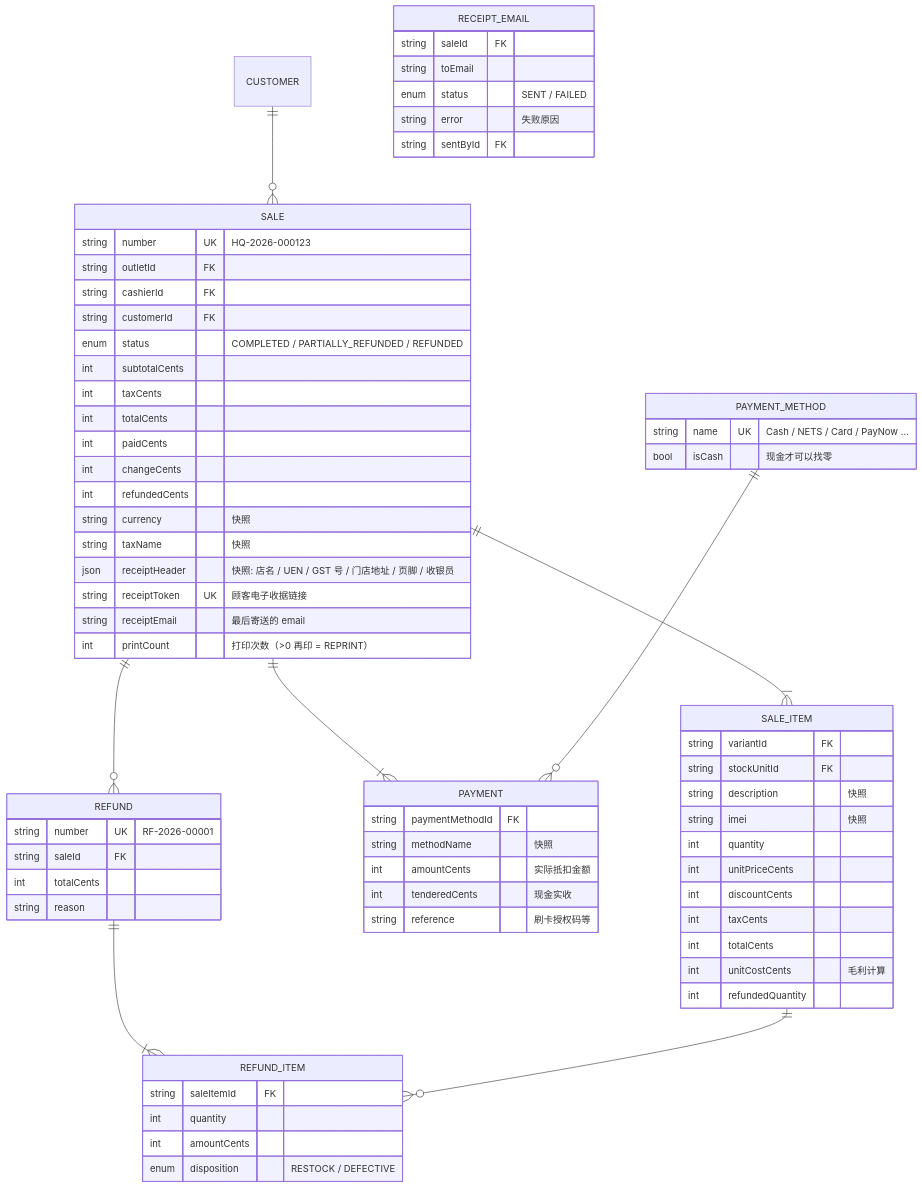
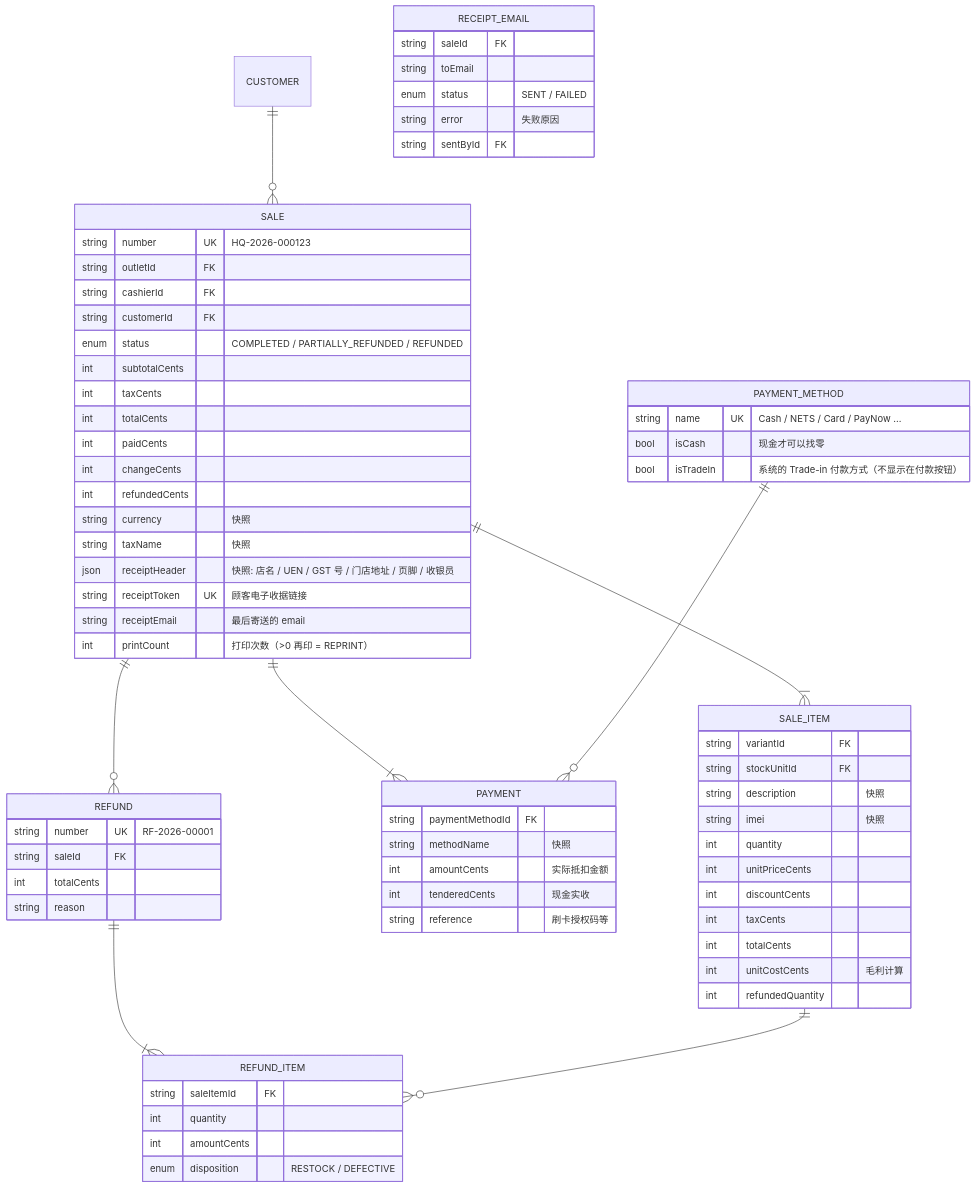
One commit to AhHau92/pos-saas changed the seventh of 8 diagrams in docs/02-database-erd.md. Above: the diagram before and after it, drawn with Mermaid. The commit also changed other lines of this file and 58 other files, not shown here.

````diff
--- a/docs/02-database-erd.md
+++ b/docs/02-database-erd.md
@@ -251,73 +255,74 @@
 ```mermaid
 erDiagram
     CUSTOMER ||--o{ SALE : ""
     SALE ||--|{ SALE_ITEM : ""
     SALE ||--|{ PAYMENT : ""
     SALE ||--o{ REFUND : ""
     REFUND ||--|{ REFUND_ITEM : ""
     SALE_ITEM ||--o{ REFUND_ITEM : ""
     PAYMENT_METHOD ||--o{ PAYMENT : ""
 
     SALE {
         string number UK "HQ-2026-000123"
         string outletId FK
         string cashierId FK
         string customerId FK
         enum status "COMPLETED / PARTIALLY_REFUNDED / REFUNDED"
         int subtotalCents
         int taxCents
         int totalCents
         int paidCents
         int changeCents
         int refundedCents
         string currency "快照"
         string taxName "快照"
         json receiptHeader "快照: 店名 / UEN / GST 号 / 门店地址 / 页脚 / 收银员"
         string receiptToken UK "顾客电子收据链接"
         string receiptEmail "最后寄送的 email"
         int printCount "打印次数（>0 再印 = REPRINT）"
     }
     RECEIPT_EMAIL {
         string saleId FK
         string toEmail
         enum status "SENT / FAILED"
         string error "失败原因"
         string sentById FK
     }
     SALE_ITEM {
         string variantId FK
         string stockUnitId FK
         string description "快照"
         string imei "快照"
         int quantity
         int unitPriceCents
         int discountCents
         int taxCents
         int totalCents
         int unitCostCents "毛利计算"
         int refundedQuantity
     }
     PAYMENT {
         string paymentMethodId FK
         string methodName "快照"
         int amountCents "实际抵扣金额"
         int tenderedCents "现金实收"
         string reference "刷卡授权码等"
     }
     PAYMENT_METHOD {
         string name UK "Cash / NETS / Card / PayNow ..."
         bool isCash "现金才可以找零"
+        bool isTradeIn "系统的 Trade-in 付款方式（不显示在付款按钮）"
     }
     REFUND {
         string number UK "RF-2026-00001"
         string saleId FK
         int totalCents
         string reason
     }
     REFUND_ITEM {
         string saleItemId FK
         int quantity
         int amountCents
         enum disposition "RESTOCK / DEFECTIVE"
     }
 ```
````
